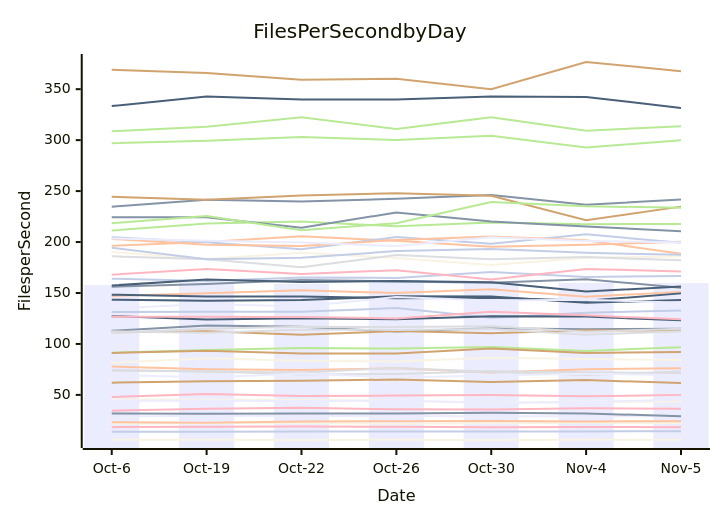
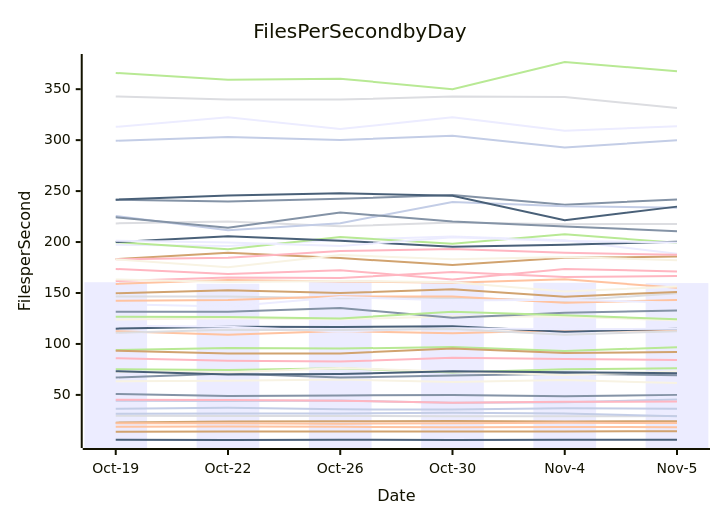
The diagram in perf-report.md (streetsidesoftware/cspell), drawn with Mermaid before and after one commit. The commit also changed other lines of this file and 1 other file, not shown here.

````diff
--- a/perf-report.md
+++ b/perf-report.md
@@ -10,57 +10,57 @@
 ```mermaid
 xychart-beta
     title Files Per Second by Day
     y-axis Files per Second
-    x-axis Date [Oct-6, Oct-19, Oct-22, Oct-26, Oct-30, Nov-4, Nov-5]
-    bar [157.78, 160.58, 159.03, 162.88, 161.94, 160.02, 159.72]
-    line [112.94, 118.00, 116.85, 112.16, 115.50, 114.45, 114.87]
-    line [77.78, 75.28, 74.51, 76.18, 72.03, 75.21, 76.09]
-    line [74.54, 72.64, 71.96, 76.44, 72.80, 69.62, 72.93]
-    line [91.34, 93.97, 96.00, 95.45, 97.05, 93.17, 96.79]
-    line [111.42, 112.56, 109.04, 112.63, 110.40, 113.53, 112.85]
-    line [164.09, 161.71, 165.23, 164.80, 170.61, 165.61, 166.70]
-    line [34.53, 36.49, 37.33, 35.82, 35.71, 36.86, 36.50]
-    line [333.43, 342.86, 339.81, 339.82, 342.79, 342.26, 331.64]
-    line [45.48, 45.18, 45.07, 44.31, 42.25, 43.22, 43.49]
-    line [44.34, 44.15, 44.08, 44.42, 42.24, 42.88, 45.37]
-    line [234.66, 241.48, 239.78, 242.41, 246.20, 236.64, 241.81]
-    line [196.39, 199.93, 205.59, 201.31, 195.27, 197.35, 200.31]
-    line [73.77, 73.27, 70.11, 70.57, 73.22, 72.23, 71.32]
-    line [296.93, 299.41, 303.13, 300.22, 304.34, 292.89, 299.81]
-    line [91.13, 93.37, 90.70, 90.60, 95.53, 91.04, 92.11]
-    line [131.24, 131.49, 131.59, 135.21, 125.70, 130.73, 132.76]
-    line [167.92, 173.59, 168.67, 172.42, 163.25, 173.61, 171.18]
-    line [143.38, 142.44, 143.06, 146.69, 146.59, 140.40, 143.02]
-    line [190.21, 183.26, 189.47, 184.23, 177.36, 184.49, 185.72]
-    line [28.81, 29.58, 29.31, 29.41, 29.14, 29.07, 29.19]
-    line [156.12, 158.95, 162.77, 161.40, 160.02, 163.60, 155.05]
-    line [147.14, 149.81, 152.74, 149.93, 153.73, 146.39, 151.10]
-    line [185.98, 183.04, 175.20, 187.18, 183.23, 185.22, 182.14]
-    line [211.32, 218.31, 220.10, 215.49, 219.14, 217.54, 217.64]
-    line [244.34, 241.58, 245.56, 247.95, 245.41, 221.31, 234.75]
-    line [204.79, 199.89, 192.85, 204.98, 198.27, 207.58, 199.26]
-    line [47.88, 50.97, 49.03, 49.37, 49.99, 48.68, 50.03]
-    line [148.37, 146.50, 146.67, 144.85, 145.45, 142.42, 149.63]
-    line [6.00, 6.02, 5.75, 6.03, 5.80, 6.05, 5.91]
-    line [69.72, 67.05, 71.08, 67.00, 69.09, 70.86, 69.37]
-    line [31.79, 31.44, 31.67, 31.78, 32.41, 31.83, 29.14]
-    line [203.08, 197.32, 196.05, 201.96, 205.39, 201.71, 188.42]
-    line [111.00, 115.01, 116.88, 116.53, 117.43, 111.89, 115.01]
-    line [308.73, 313.03, 322.37, 310.93, 322.55, 309.17, 313.73]
-    line [62.01, 63.29, 63.79, 65.07, 62.75, 64.51, 61.69]
-    line [13.86, 13.81, 14.01, 14.02, 13.97, 14.18, 14.33]
-    line [18.38, 18.69, 19.00, 18.63, 18.25, 18.44, 18.38]
-    line [127.28, 123.99, 125.15, 124.19, 127.28, 126.86, 123.18]
-    line [21.69, 22.11, 22.28, 21.78, 22.12, 22.59, 22.34]
-    line [203.55, 201.34, 199.55, 196.07, 204.60, 201.12, 199.63]
-    line [224.28, 224.21, 213.97, 229.01, 220.21, 215.36, 210.66]
-    line [23.16, 22.78, 23.92, 24.17, 24.43, 23.95, 24.20]
-    line [112.35, 111.02, 113.95, 113.80, 114.69, 109.15, 112.48]
-    line [218.48, 225.66, 211.47, 218.53, 239.32, 235.17, 233.67]
-    line [369.11, 365.93, 359.34, 360.33, 349.95, 376.67, 367.68]
-    line [194.31, 183.18, 184.56, 191.17, 193.23, 189.38, 187.47]
-    line [126.66, 126.74, 126.46, 125.04, 131.49, 128.05, 124.13]
-    line [157.33, 163.29, 160.80, 161.82, 160.48, 151.46, 156.36]
-    line [81.41, 86.03, 83.62, 82.78, 86.40, 85.26, 84.18]
-    line [134.66, 139.08, 136.76, 146.14, 142.74, 143.48, 140.52]
+    x-axis Date [Oct-19, Oct-22, Oct-26, Oct-30, Nov-4, Nov-5]
+    bar [160.58, 159.03, 162.88, 161.94, 160.02, 159.72]
+    line [50.97, 49.03, 49.37, 49.99, 48.68, 50.03]
+    line [112.56, 109.04, 112.63, 110.40, 113.53, 112.85]
+    line [146.50, 146.67, 144.85, 145.45, 142.42, 149.63]
+    line [93.97, 96.00, 95.45, 97.05, 93.17, 96.79]
+    line [22.78, 23.92, 24.17, 24.43, 23.95, 24.20]
+    line [36.49, 37.33, 35.82, 35.71, 36.86, 36.50]
+    line [161.71, 165.23, 164.80, 170.61, 165.61, 166.70]
+    line [6.02, 5.75, 6.03, 5.80, 6.05, 5.91]
+    line [63.29, 63.79, 65.07, 62.75, 64.51, 61.69]
+    line [197.32, 196.05, 201.96, 205.39, 201.71, 188.42]
+    line [67.05, 71.08, 67.00, 69.09, 70.86, 69.37]
+    line [18.69, 19.00, 18.63, 18.25, 18.44, 18.38]
+    line [29.58, 29.31, 29.41, 29.14, 29.07, 29.19]
+    line [75.28, 74.51, 76.18, 72.03, 75.21, 76.09]
+    line [93.37, 90.70, 90.60, 95.53, 91.04, 92.11]
+    line [44.15, 44.08, 44.42, 42.24, 42.88, 45.37]
+    line [173.59, 168.67, 172.42, 163.25, 173.61, 171.18]
+    line [115.01, 116.88, 116.53, 117.43, 111.89, 115.01]
+    line [123.99, 125.15, 124.19, 127.28, 126.86, 123.18]
+    line [118.00, 116.85, 112.16, 115.50, 114.45, 114.87]
+    line [131.49, 131.59, 135.21, 125.70, 130.73, 132.76]
+    line [22.11, 22.28, 21.78, 22.12, 22.59, 22.34]
+    line [342.86, 339.81, 339.82, 342.79, 342.26, 331.64]
+    line [199.89, 192.85, 204.98, 198.27, 207.58, 199.26]
+    line [149.81, 152.74, 149.93, 153.73, 146.39, 151.10]
+    line [299.41, 303.13, 300.22, 304.34, 292.89, 299.81]
+    line [45.18, 45.07, 44.31, 42.25, 43.22, 43.49]
+    line [199.93, 205.59, 201.31, 195.27, 197.35, 200.31]
+    line [72.64, 71.96, 76.44, 72.80, 69.62, 72.93]
+    line [201.34, 199.55, 196.07, 204.60, 201.12, 199.63]
+    line [241.48, 239.78, 242.41, 246.20, 236.64, 241.81]
+    line [158.95, 162.77, 161.40, 160.02, 163.60, 155.05]
+    line [218.31, 220.10, 215.49, 219.14, 217.54, 217.64]
+    line [126.74, 126.46, 125.04, 131.49, 128.05, 124.13]
+    line [183.26, 189.47, 184.23, 177.36, 184.49, 185.72]
+    line [225.66, 211.47, 218.53, 239.32, 235.17, 233.67]
+    line [183.18, 184.56, 191.17, 193.23, 189.38, 187.47]
+    line [73.27, 70.11, 70.57, 73.22, 72.23, 71.32]
+    line [183.04, 175.20, 187.18, 183.23, 185.22, 182.14]
+    line [313.03, 322.37, 310.93, 322.55, 309.17, 313.73]
+    line [224.21, 213.97, 229.01, 220.21, 215.36, 210.66]
+    line [142.44, 143.06, 146.69, 146.59, 140.40, 143.02]
+    line [111.02, 113.95, 113.80, 114.69, 109.15, 112.48]
+    line [365.93, 359.34, 360.33, 349.95, 376.67, 367.68]
+    line [13.81, 14.01, 14.02, 13.97, 14.18, 14.33]
+    line [31.44, 31.67, 31.78, 32.41, 31.83, 29.14]
+    line [86.03, 83.62, 82.78, 86.40, 85.26, 84.18]
+    line [241.58, 245.56, 247.95, 245.41, 221.31, 234.75]
+    line [163.29, 160.80, 161.82, 160.48, 151.46, 156.36]
+    line [139.08, 136.76, 146.14, 142.74, 143.48, 140.52]
 ```
````
